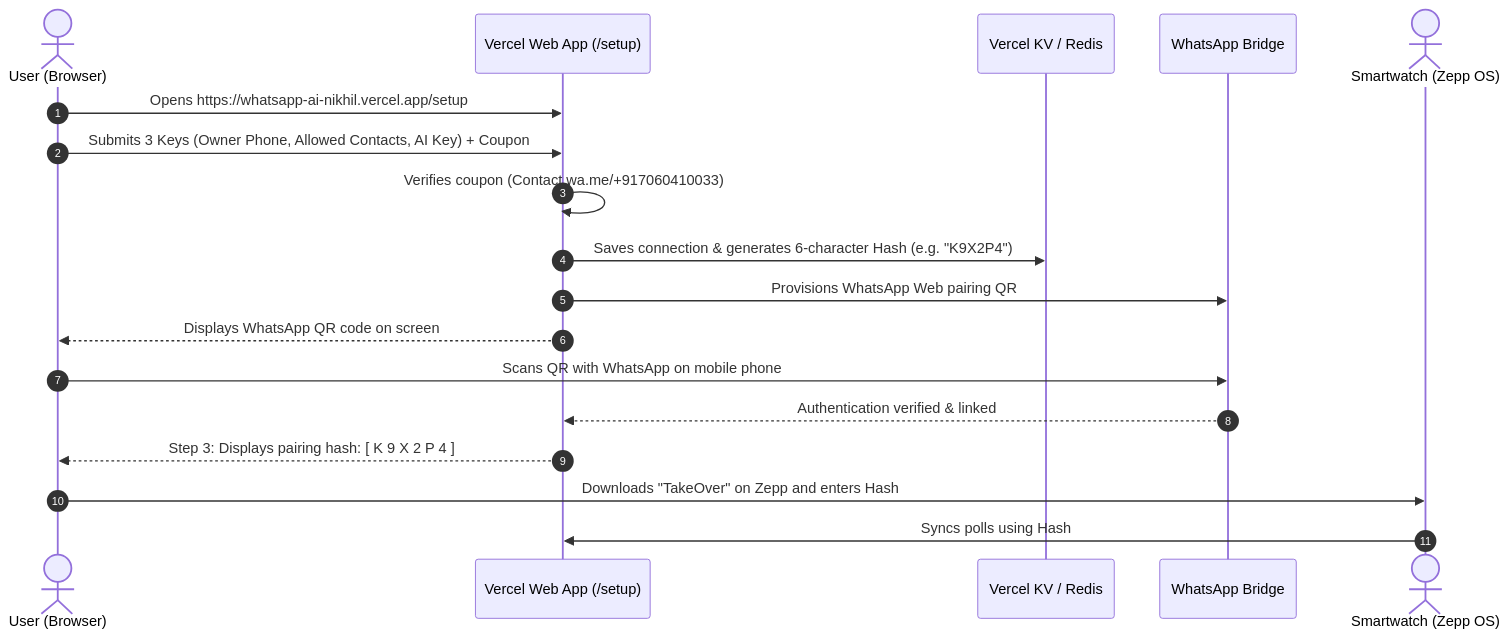
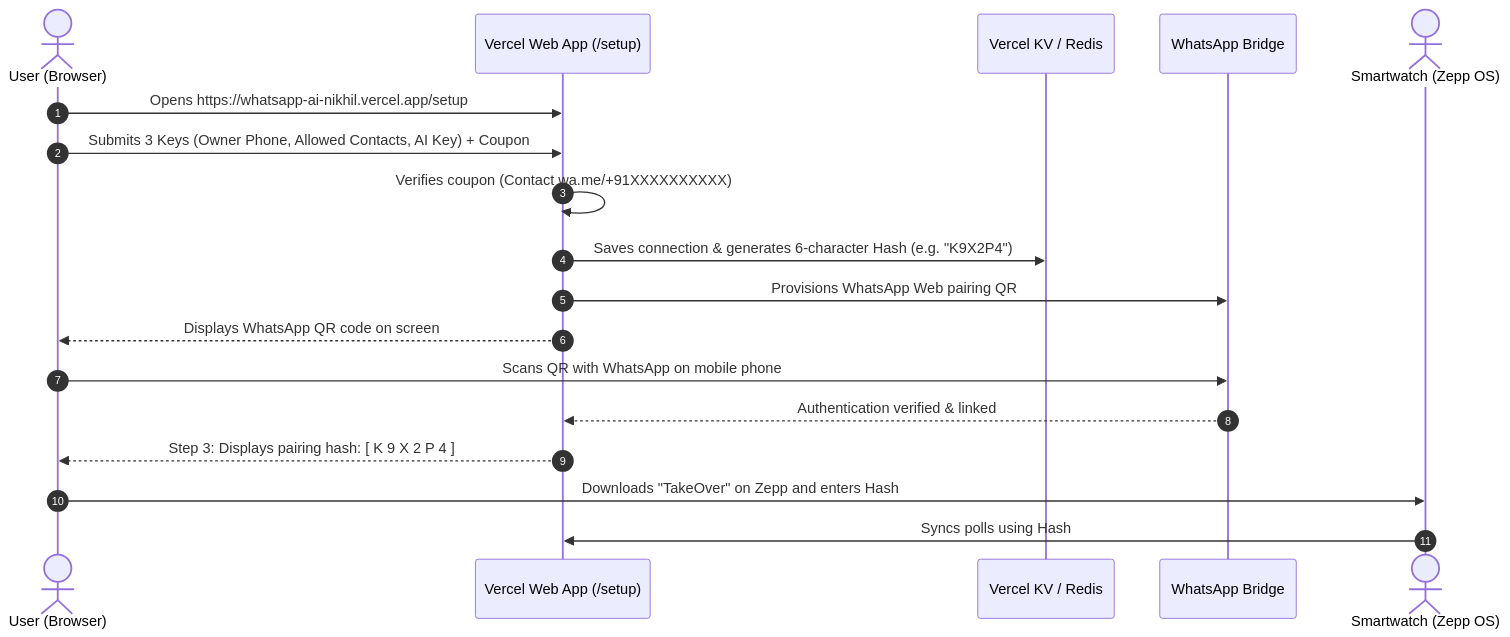
The first of 2 diagrams in README.md (Nikhil-Mundhra/whatsapp-ai), drawn with Mermaid before and after one commit. The commit also changed other lines of this file, not shown here.

````diff
--- a/README.md
+++ b/README.md
@@ -23,21 +23,21 @@
 ```mermaid
 sequenceDiagram
     autonumber
     actor User as User (Browser)
     participant Web as Vercel Web App (/setup)
     participant KV as Vercel KV / Redis
     participant Bridge as WhatsApp Bridge
     actor Watch as Smartwatch (Zepp OS)
 
     User->>Web: Opens https://whatsapp-ai-nikhil.vercel.app/setup
     User->>Web: Submits 3 Keys (Owner Phone, Allowed Contacts, AI Key) + Coupon
-    Web->>Web: Verifies coupon (Contact wa.me/+917060410033)
+    Web->>Web: Verifies coupon (Contact wa.me/+91XXXXXXXXXX)
     Web->>KV: Saves connection & generates 6-character Hash (e.g. "K9X2P4")
     Web->>Bridge: Provisions WhatsApp Web pairing QR
     Web-->>User: Displays WhatsApp QR code on screen
     User->>Bridge: Scans QR with WhatsApp on mobile phone
     Bridge-->>Web: Authentication verified & linked
     Web-->>User: Step 3: Displays pairing hash: [ K 9 X 2 P 4 ]
     User->>Watch: Downloads "TakeOver" on Zepp and enters Hash
     Watch->>Web: Syncs polls using Hash
 ```
````
